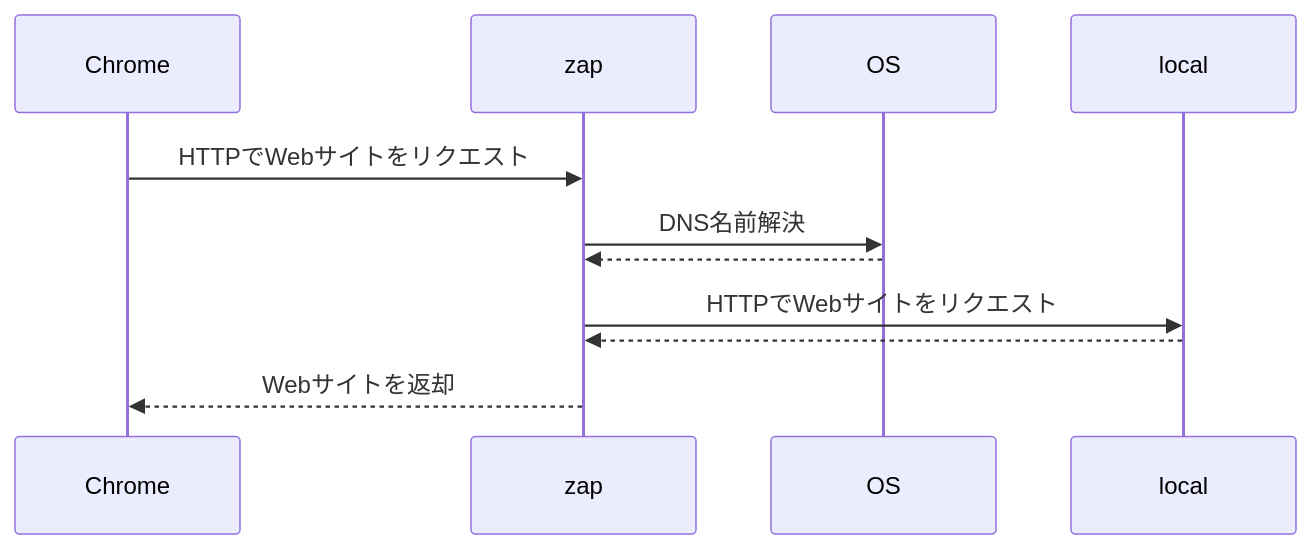
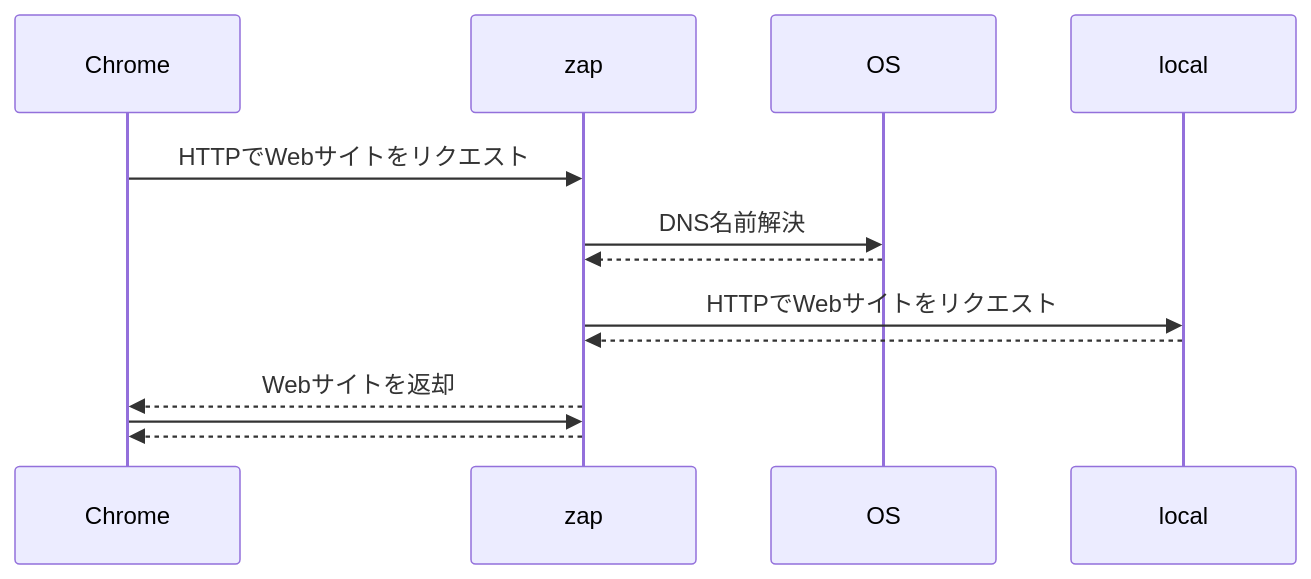
Before and after one commit to xhiroga/zenn-content: the diagram in articles/owasp-zap-localhost-subdomain.md, drawn with Mermaid.

Commit message:
chore: 日本語を削る

````diff
--- a/articles/owasp-zap-localhost-subdomain.md
+++ b/articles/owasp-zap-localhost-subdomain.md
@@ -44,9 +44,11 @@
 ```mermaid
 sequenceDiagram
     Chrome->>zap: HTTPでWebサイトをリクエスト
     zap->>OS: DNS名前解決
     OS-->>zap: 
     zap->>local: HTTPでWebサイトをリクエスト
     local-->>zap: 
     zap-->>Chrome: Webサイトを返却
+    Chrome->>zap: 
+    zap-->>Chrome: 
 ```
````
